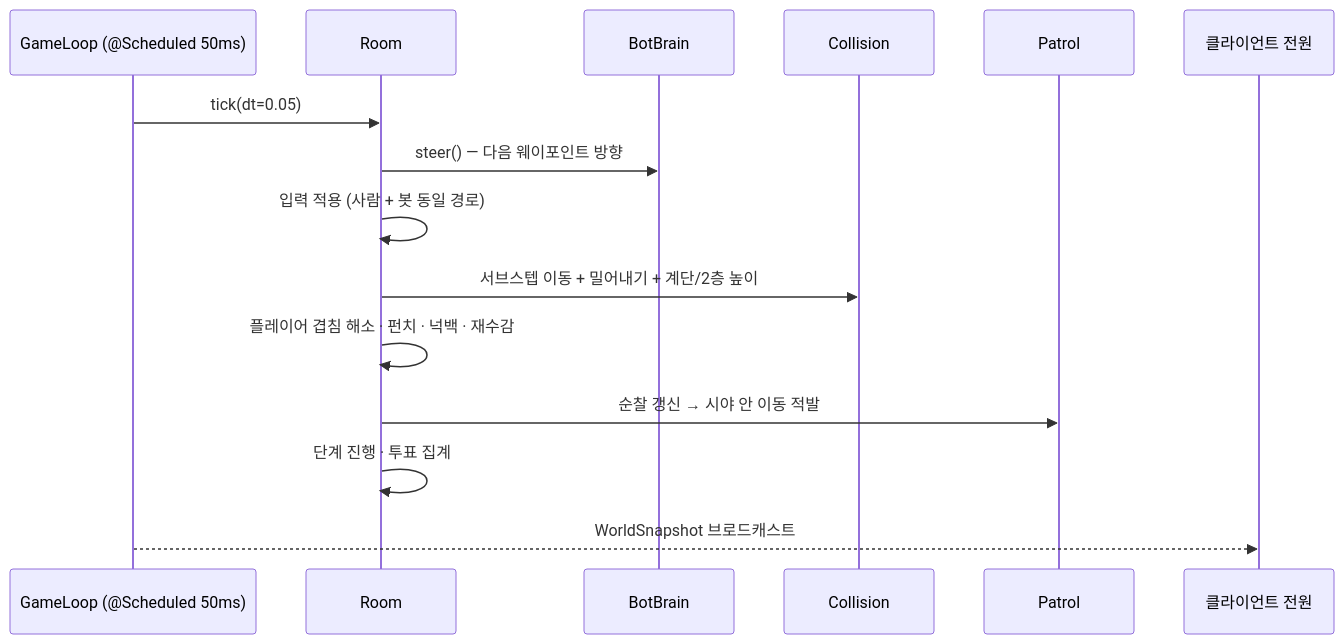
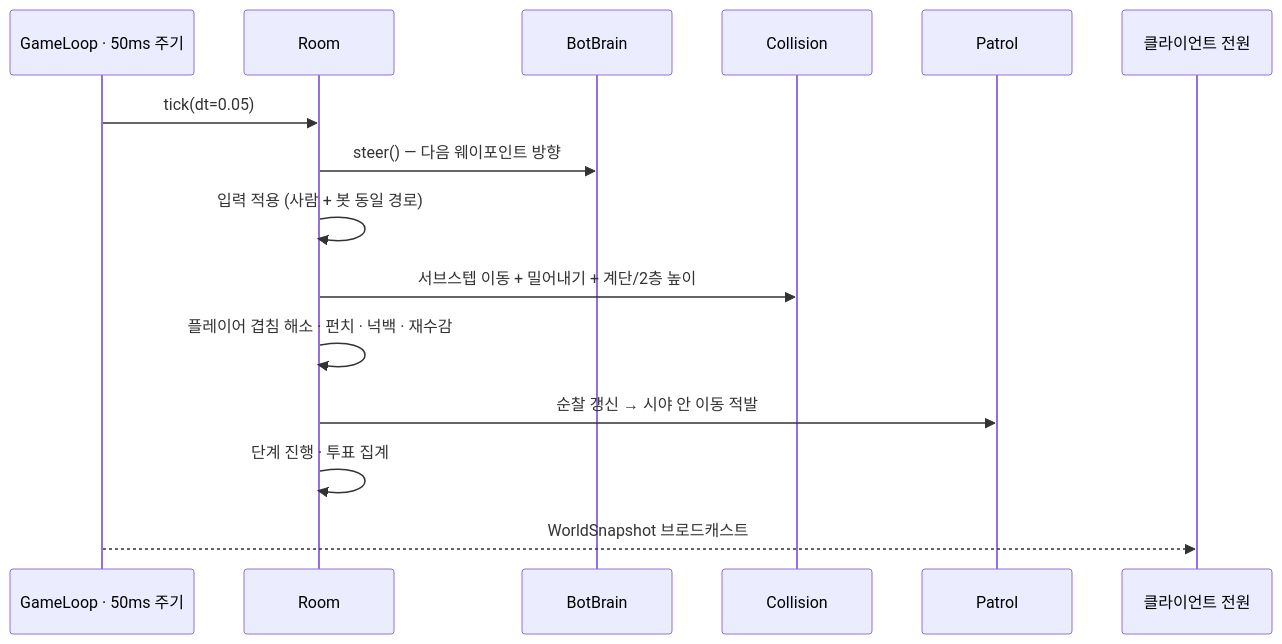
Before and after one commit to Jakelee0424/hideAndSeek_back: the second of 3 diagrams in README.md, drawn with Mermaid.

Commit message:
README: mermaid 시퀀스 참가자 이름에서 괄호 제거 (렌더 안정성)

````diff
--- a/README.md
+++ b/README.md
@@ -107,18 +107,18 @@
 ```mermaid
 sequenceDiagram
-    participant GL as GameLoop (@Scheduled 50ms)
+    participant GL as GameLoop · 50ms 주기
     participant R as Room
     participant B as BotBrain
     participant C as Collision
     participant P as Patrol
     participant CL as 클라이언트 전원
 
     GL->>R: tick(dt=0.05)
     R->>B: steer() — 다음 웨이포인트 방향
     R->>R: 입력 적용 (사람 + 봇 동일 경로)
     R->>C: 서브스텝 이동 + 밀어내기 + 계단/2층 높이
     R->>R: 플레이어 겹침 해소 · 펀치 · 넉백 · 재수감
     R->>P: 순찰 갱신 → 시야 안 이동 적발
     R->>R: 단계 진행 · 투표 집계
     GL-->>CL: WorldSnapshot 브로드캐스트
 ```
````
